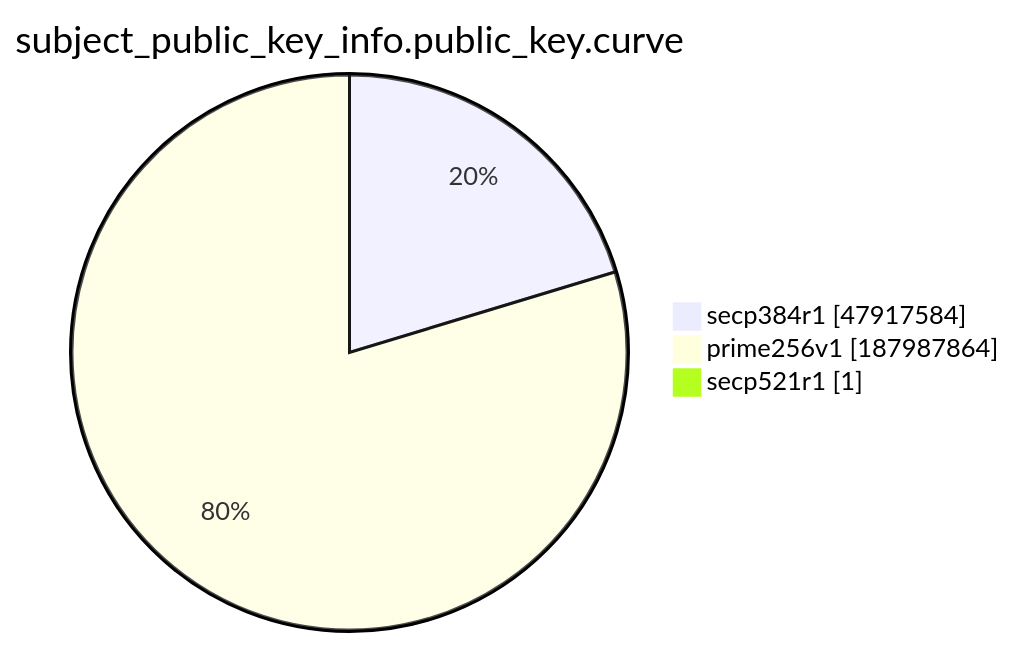
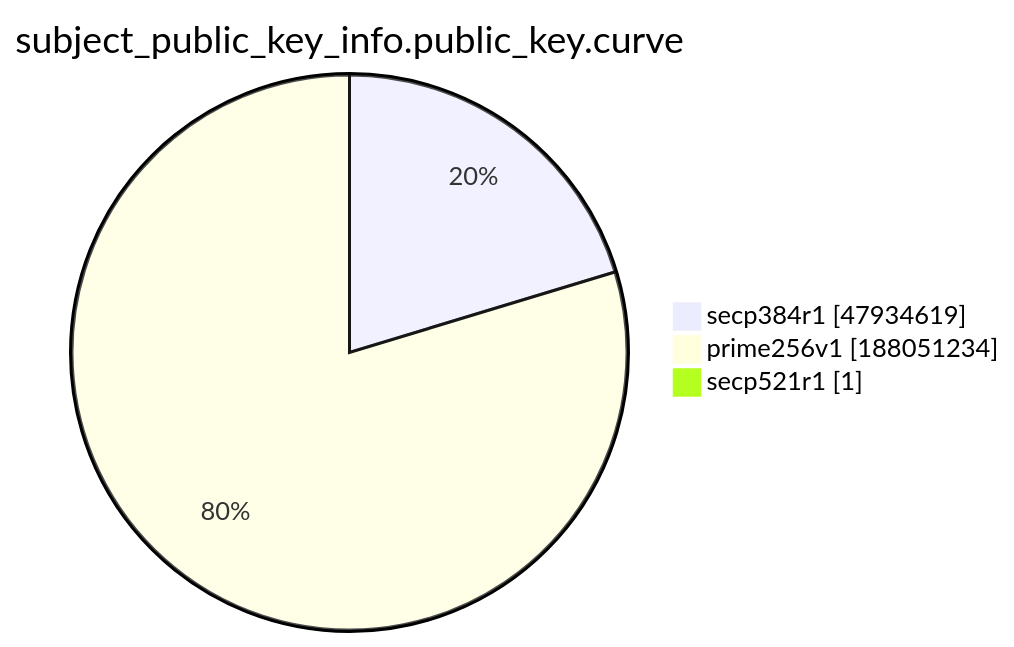
Before and after one commit to christiankrug/ctmonitor_visualization: the ninth of 15 diagrams in xenon2022/README.md, drawn with Mermaid. The commit also changed other lines of this file, not shown here.

````diff
--- a/xenon2022/README.md
+++ b/xenon2022/README.md
@@ -2874,7 +2874,7 @@
 ```mermaid
 pie showData
 title subject_public_key_info.public_key.curve
-"secp384r1" :47917584
-"prime256v1" :187987864
+"secp384r1" :47934619
+"prime256v1" :188051234
 "secp521r1" :1
 ```
````
